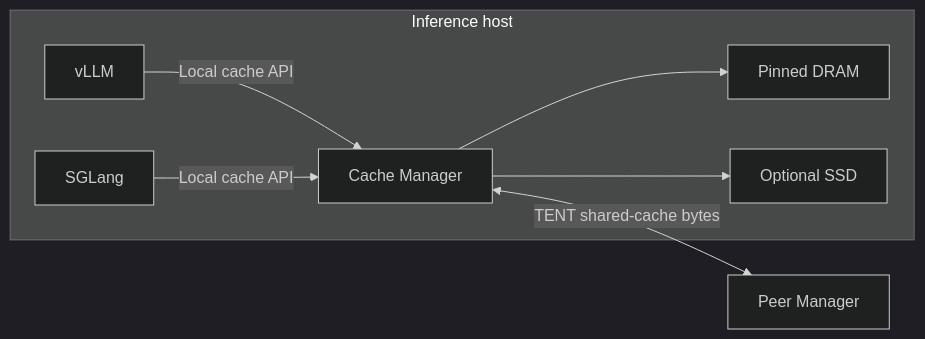
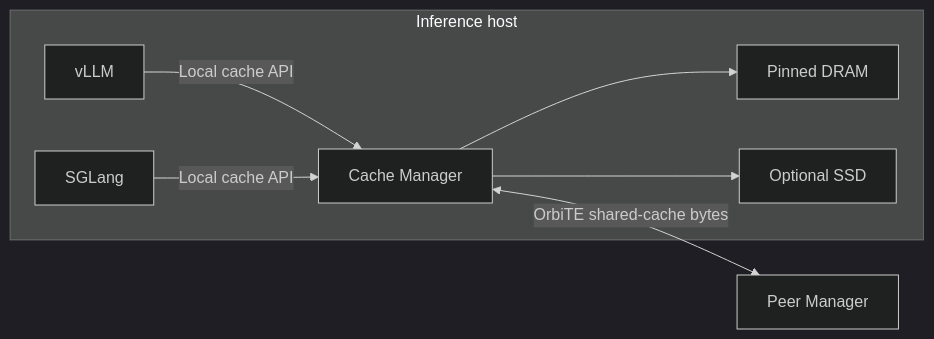
Before and after one commit to OrbitInfra/OrbitKV: the diagram in docs/deployment.md, drawn with Mermaid (dark theme). The commit also changed other lines of this file and 224 other files, not shown here.

First line of the commit message:
refactor!: remove the TENT backend; OrbiTE is the only transfer engine (#326)

````diff
--- a/docs/deployment.md
+++ b/docs/deployment.md
@@ -20,10 +25,10 @@
 ```mermaid
 flowchart LR
   subgraph host[Inference host]
     V[vLLM] -->|Local cache API| M[Cache Manager]
     S[SGLang] -->|Local cache API| M
     M --> D[Pinned DRAM]
     M --> F[Optional SSD]
   end
-  M <-->|TENT shared-cache bytes| P[Peer Manager]
+  M <-->|OrbiTE shared-cache bytes| P[Peer Manager]
 ```
````
